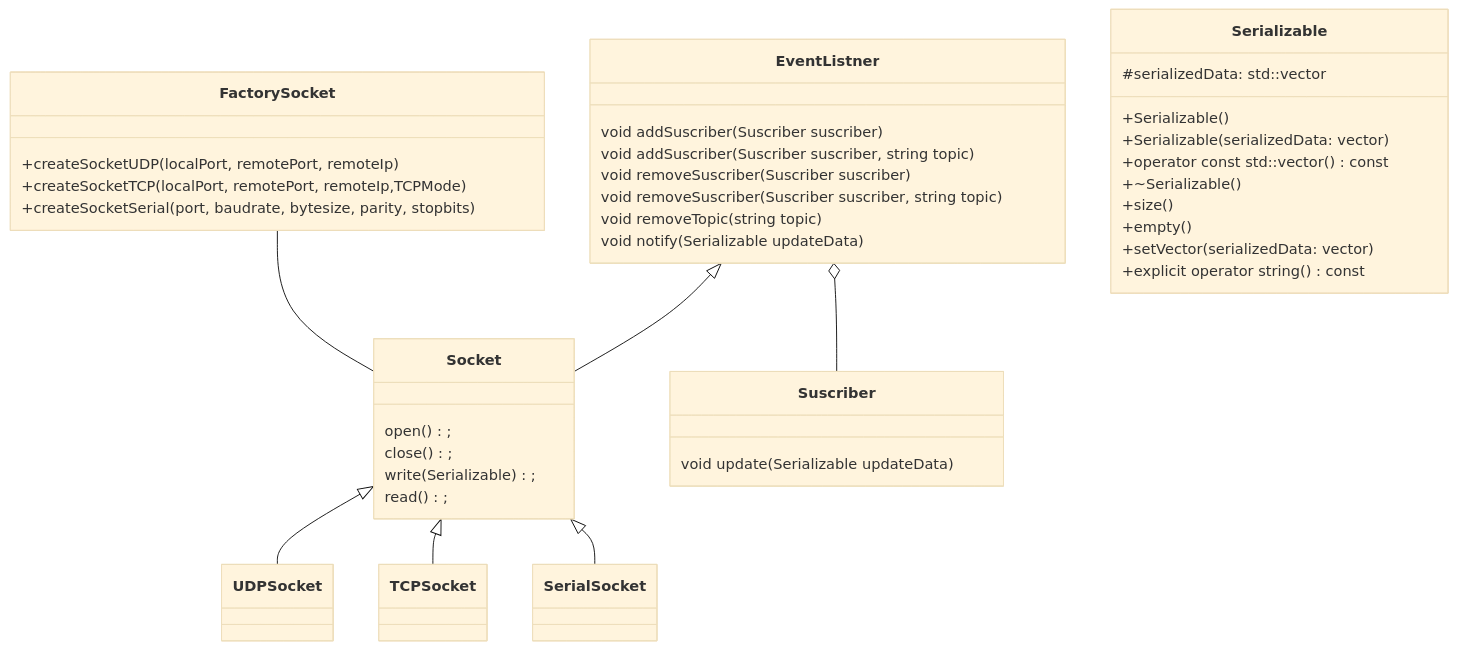
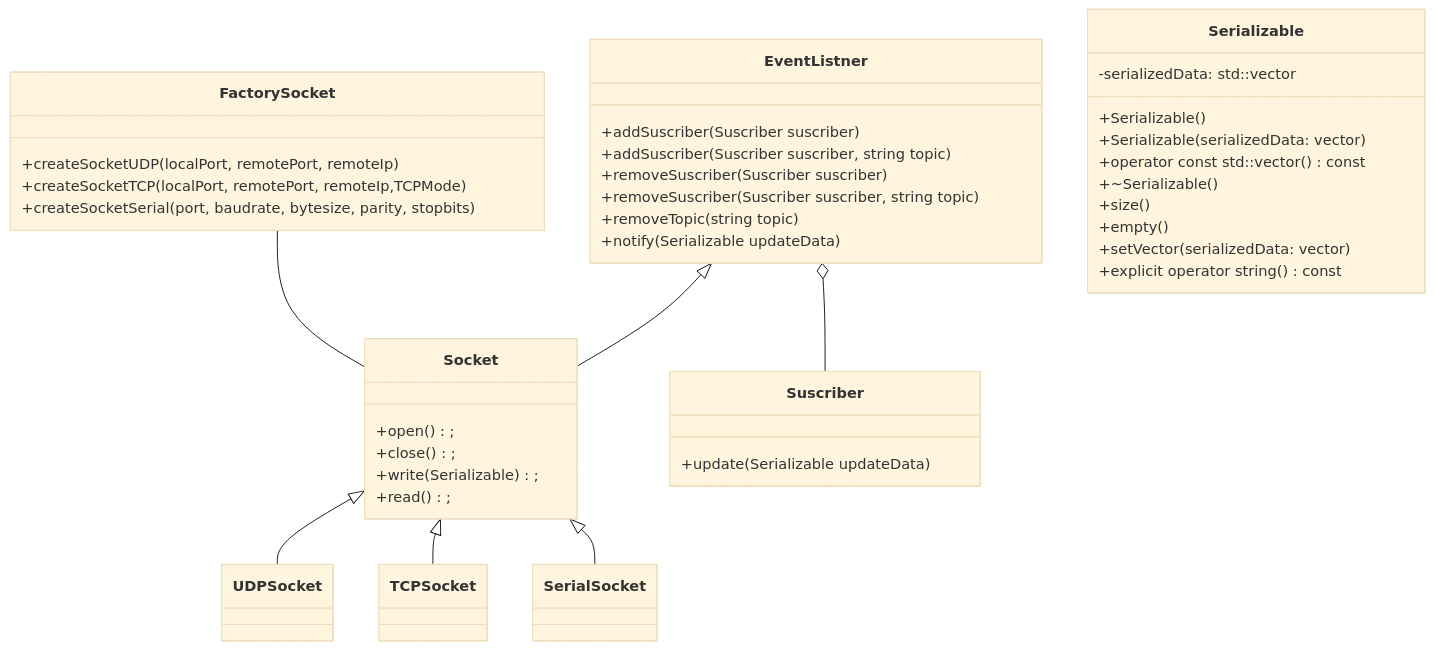
The diagram in README.md (craboftw/Socket), drawn with Mermaid (base theme) before and after one commit.

````diff
--- a/README.md
+++ b/README.md
@@ -3,49 +3,48 @@
 ```mermaid
 classDiagram 
 Socket <|-- UDPSocket
 Socket <|-- TCPSocket
 Socket <|-- SerialSocket
 EventListner <|-- Socket
 EventListner o-- Suscriber
-%% FactorySocket creates Socket and text it
 FactorySocket --  Socket
 
 class FactorySocket{
     +createSocketUDP(localPort, remotePort, remoteIp)
     +createSocketTCP(localPort, remotePort, remoteIp,TCPMode)
     +createSocketSerial(port, baudrate, bytesize, parity, stopbits)
 }
 
 class Socket{
-    open();
-    close();
-    write(Serializable);
-    read();
+    +open();
+    +close();
+    +write(Serializable);
+    +read();
 }
 
 class Serializable {
     +Serializable()
     +Serializable(serializedData: vector<bytes>)
     +operator const std::vector<bytes>() const
     +~Serializable()
     +size()
     +empty()
-    #serializedData: std::vector<bytes>
+    -serializedData: std::vector<bytes>
     +setVector(serializedData: vector<bytes>)
     +explicit operator string() const
 }
 
 class Suscriber{
-    void update(Serializable updateData)
+    +update(Serializable updateData)
 }
 
 class EventListner{
-    void addSuscriber(Suscriber suscriber)
-    void addSuscriber(Suscriber suscriber, string topic)
-    void removeSuscriber(Suscriber suscriber)
-    void removeSuscriber(Suscriber suscriber, string topic)
-    void removeTopic(string topic)
-    void notify(Serializable updateData)
+    +addSuscriber(Suscriber suscriber)
+    +addSuscriber(Suscriber suscriber, string topic)
+    +removeSuscriber(Suscriber suscriber)
+    +removeSuscriber(Suscriber suscriber, string topic)
+    +removeTopic(string topic)
+    +notify(Serializable updateData)
 }
 
 ```
````
